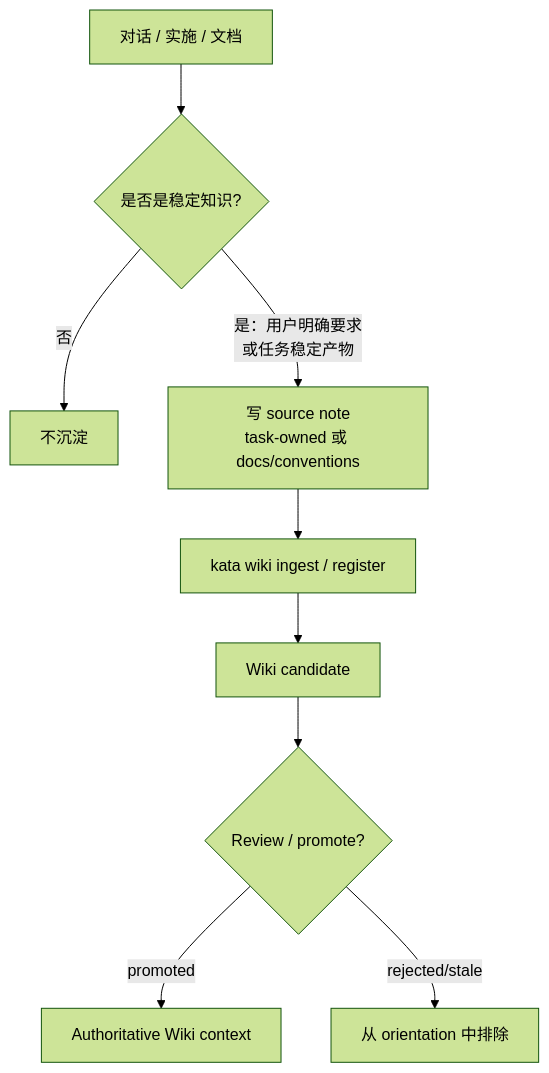
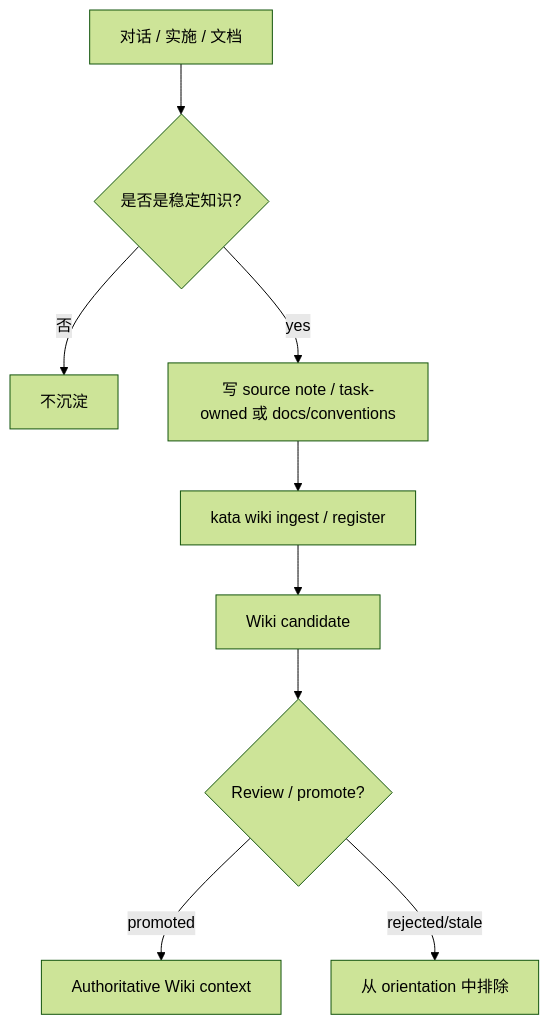
One commit to geebytes/kata changed the fifth of 6 diagrams in README_ZH.md. Above: the diagram before and after it, drawn with Mermaid (forest theme). The commit also changed other lines of this file and 1 other file, not shown here.

Commit message:
docs: fix mermaid diagrams — replace br tags with plain text separators

````diff
--- a/README_ZH.md
+++ b/README_ZH.md
@@ -204,11 +204,11 @@
 ```mermaid
 flowchart TD
     A[对话 / 实施 / 文档] --> B{是否是稳定知识?}
     B -- 否 --> C[不沉淀]
-    B -- 是：用户明确要求<br/>或任务稳定产物 --> D[写 source note<br/>task-owned 或 docs/conventions]
+    B -- "yes" --> D["写 source note / task-owned 或 docs/conventions"]
     D --> E[kata wiki ingest / register]
     E --> F[Wiki candidate]
     F --> G{Review / promote?}
     G -- promoted --> H[Authoritative Wiki context]
     G -- rejected/stale --> I[从 orientation 中排除]
 ```
````
